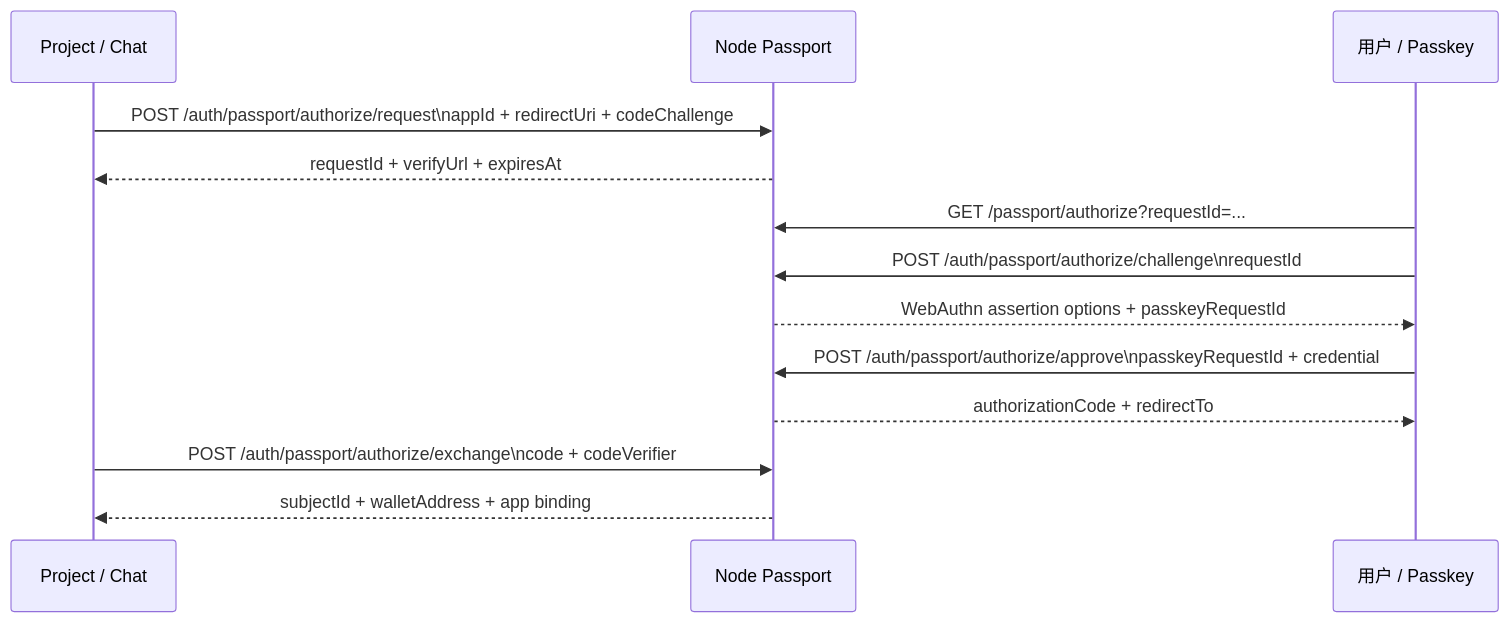
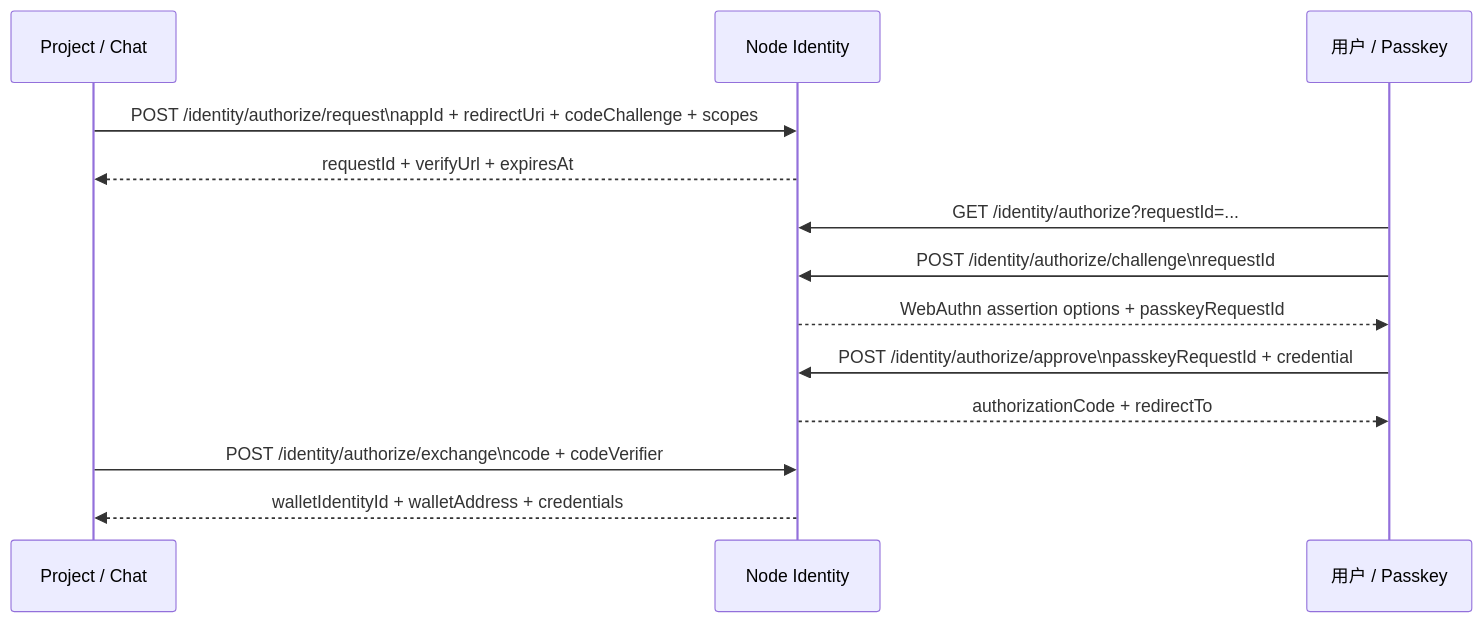
Before and after one commit to yeying-community/node: the sixth of 6 diagrams in docs/登录授权.md, drawn with Mermaid. The commit also changed other lines of this file and 37 other files, not shown here.

Commit message:
refactor: migrate passport auth to identity

````diff
--- a/docs/登录授权.md
+++ b/docs/登录授权.md
@@ -172,16 +172,16 @@
 ```mermaid
 sequenceDiagram
   participant App as Project / Chat
-  participant Node as Node Passport
+  participant Node as Node Identity
   participant User as 用户 / Passkey
 
-  App ->> Node: POST /auth/passport/authorize/request\nappId + redirectUri + codeChallenge
+  App ->> Node: POST /identity/authorize/request\nappId + redirectUri + codeChallenge + scopes
   Node -->> App: requestId + verifyUrl + expiresAt
-  User ->> Node: GET /passport/authorize?requestId=...
-  User ->> Node: POST /auth/passport/authorize/challenge\nrequestId
+  User ->> Node: GET /identity/authorize?requestId=...
+  User ->> Node: POST /identity/authorize/challenge\nrequestId
   Node -->> User: WebAuthn assertion options + passkeyRequestId
-  User ->> Node: POST /auth/passport/authorize/approve\npasskeyRequestId + credential
+  User ->> Node: POST /identity/authorize/approve\npasskeyRequestId + credential
   Node -->> User: authorizationCode + redirectTo
-  App ->> Node: POST /auth/passport/authorize/exchange\ncode + codeVerifier
-  Node -->> App: subjectId + walletAddress + app binding
+  App ->> Node: POST /identity/authorize/exchange\ncode + codeVerifier
+  Node -->> App: walletIdentityId + walletAddress + credentials
 ```
````
